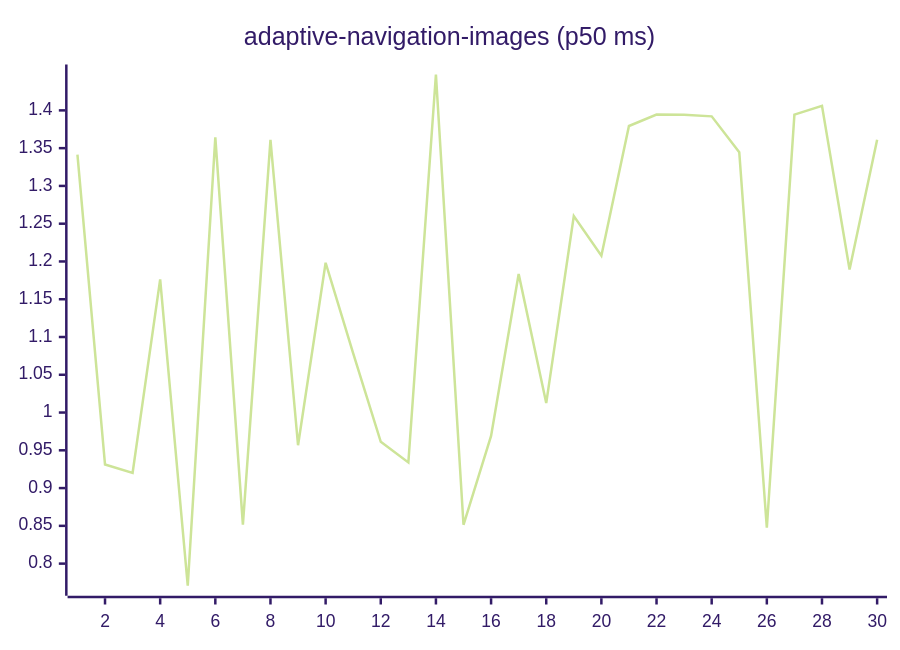
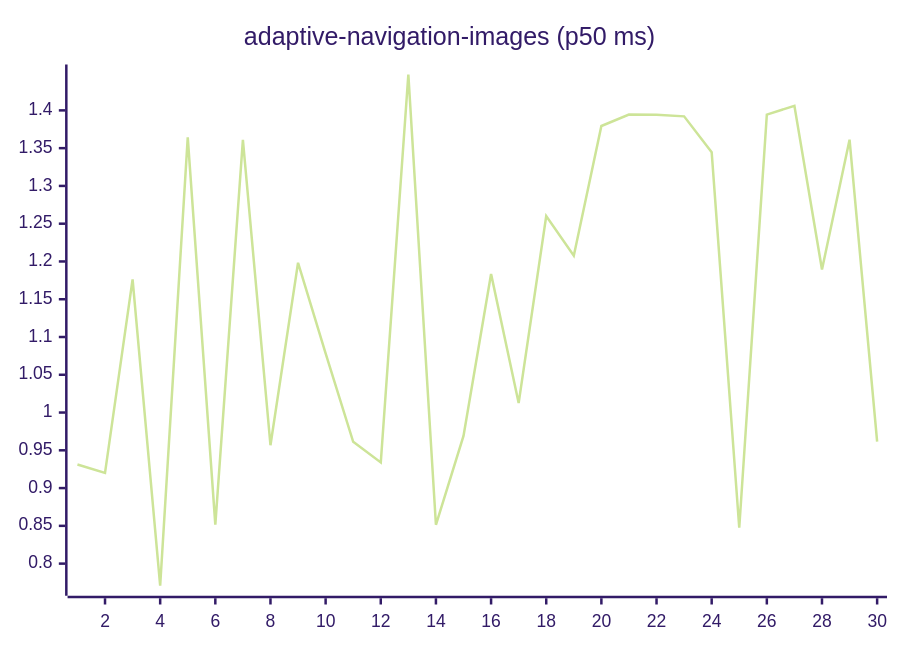
The first of 27 diagrams in README.md (josha/Facet), drawn with Mermaid (forest theme) before and after one commit. The commit also changed other lines of this file and 2 other files, not shown here.

````diff
--- a/README.md
+++ b/README.md
@@ -63,6 +63,6 @@
 ```mermaid
 xychart-beta
     title "adaptive-navigation-images (p50 ms)"
     x-axis 1 --> 30
-    line [1.3415, 0.9312, 0.9201, 1.1763, 0.7707, 1.3642, 0.8516, 1.3610, 0.9567, 1.1983, 1.0783, 0.9612, 0.9339, 1.4475, 0.8514, 0.9690, 1.1835, 1.0125, 1.2600, 1.2076, 1.3793, 1.3944, 1.3942, 1.3921, 1.3447, 0.8475, 1.3944, 1.4060, 1.1893, 1.3612]
+    line [0.9312, 0.9201, 1.1763, 0.7707, 1.3642, 0.8516, 1.3610, 0.9567, 1.1983, 1.0783, 0.9612, 0.9339, 1.4475, 0.8514, 0.9690, 1.1835, 1.0125, 1.2600, 1.2076, 1.3793, 1.3944, 1.3942, 1.3921, 1.3447, 0.8475, 1.3944, 1.4060, 1.1893, 1.3612, 0.9615]
 ```
````
